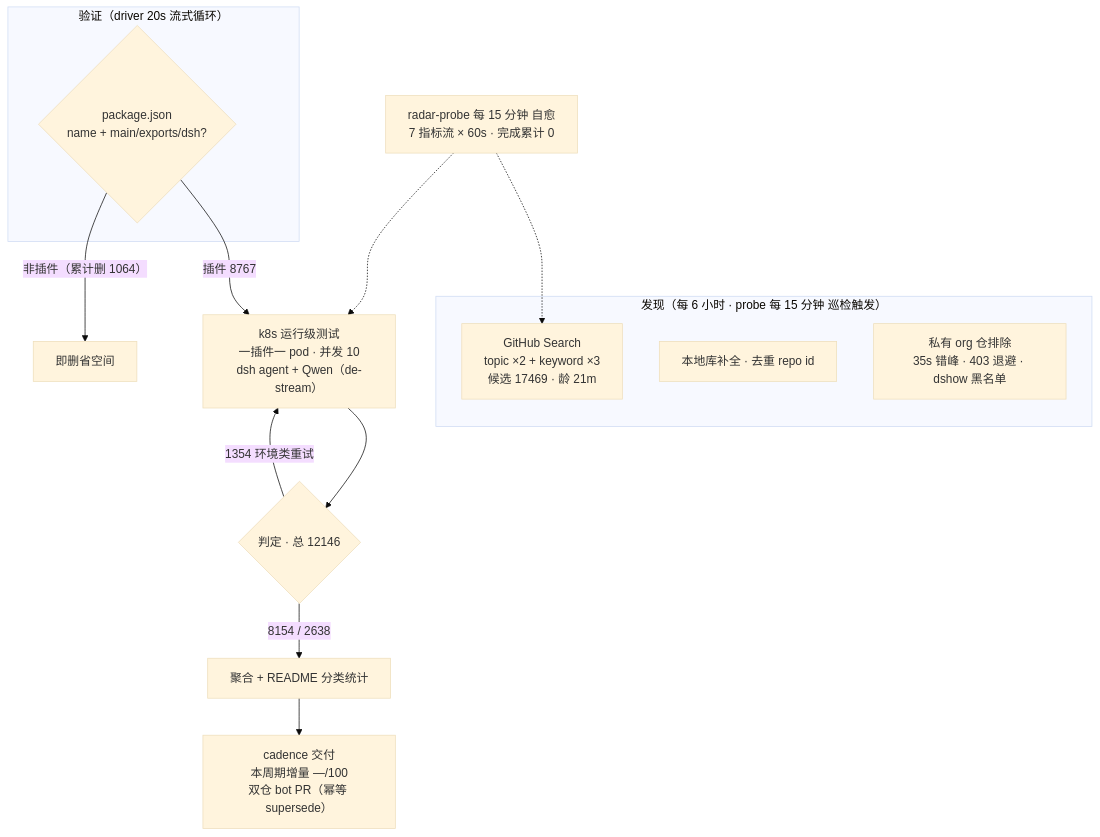
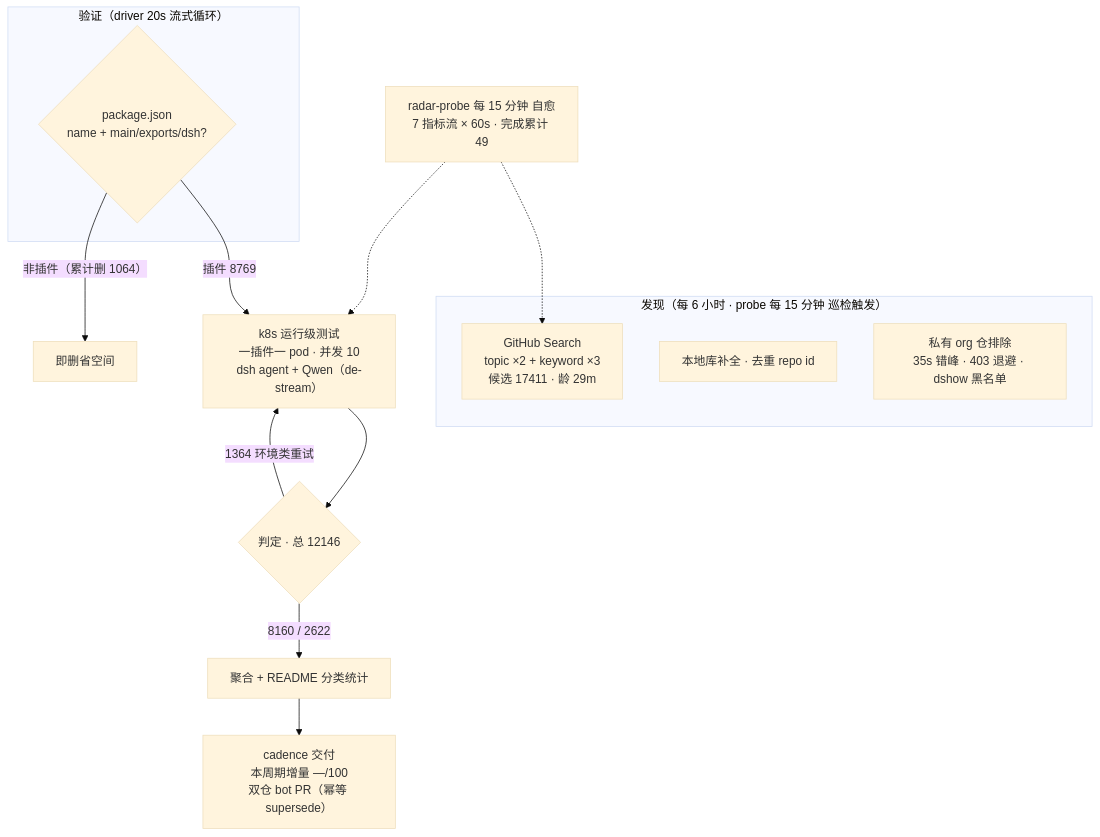
One commit to Zhidao-Lab-OSS/awesome-dsh-plugins changed the diagram in README.md. Above: the diagram before and after it, drawn with Mermaid (base theme). The commit also changed other lines of this file and 1 other file, not shown here.

````diff
--- a/README.md
+++ b/README.md
@@ -52,20 +52,20 @@
 ```mermaid
 flowchart TB
     subgraph Discovery["发现（每 6 小时 · probe 每 15 分钟 巡检触发）"]
-        A1["GitHub Search<br/>topic ×2 + keyword ×3<br/>候选 17469 · 龄 21m"]
+        A1["GitHub Search<br/>topic ×2 + keyword ×3<br/>候选 17411 · 龄 29m"]
         A2["本地库补全 · 去重 repo id"]
         A3["私有 org 仓排除<br/>35s 错峰 · 403 退避 · dshow 黑名单"]
     end
     subgraph Validation["验证（driver 20s 流式循环）"]
         B1{"package.json<br/>name + main/exports/dsh?"}
     end
-    B1 -->|"插件 8767"| C1["k8s 运行级测试<br/>一插件一 pod · 并发 10<br/>dsh agent + Qwen（de-stream）"]
+    B1 -->|"插件 8769"| C1["k8s 运行级测试<br/>一插件一 pod · 并发 10<br/>dsh agent + Qwen（de-stream）"]
     B1 -->|"非插件（累计删 1064）"| B3["即删省空间"]
     C1 --> D1{"判定 · 总 12146"}
-    D1 -->|"8154 / 2638"| E1["聚合 + README 分类统计"]
-    D1 -->|"1354 环境类重试"| C1
+    D1 -->|"8160 / 2622"| E1["聚合 + README 分类统计"]
+    D1 -->|"1364 环境类重试"| C1
     E1 --> E2["cadence 交付<br/>本周期增量 —/100<br/>双仓 bot PR（幂等 supersede）"]
-    M["radar-probe 每 15 分钟 自愈<br/>7 指标流 × 60s · 完成累计 0"]
+    M["radar-probe 每 15 分钟 自愈<br/>7 指标流 × 60s · 完成累计 49"]
     M -.-> A1
     M -.-> C1
 ```
````
